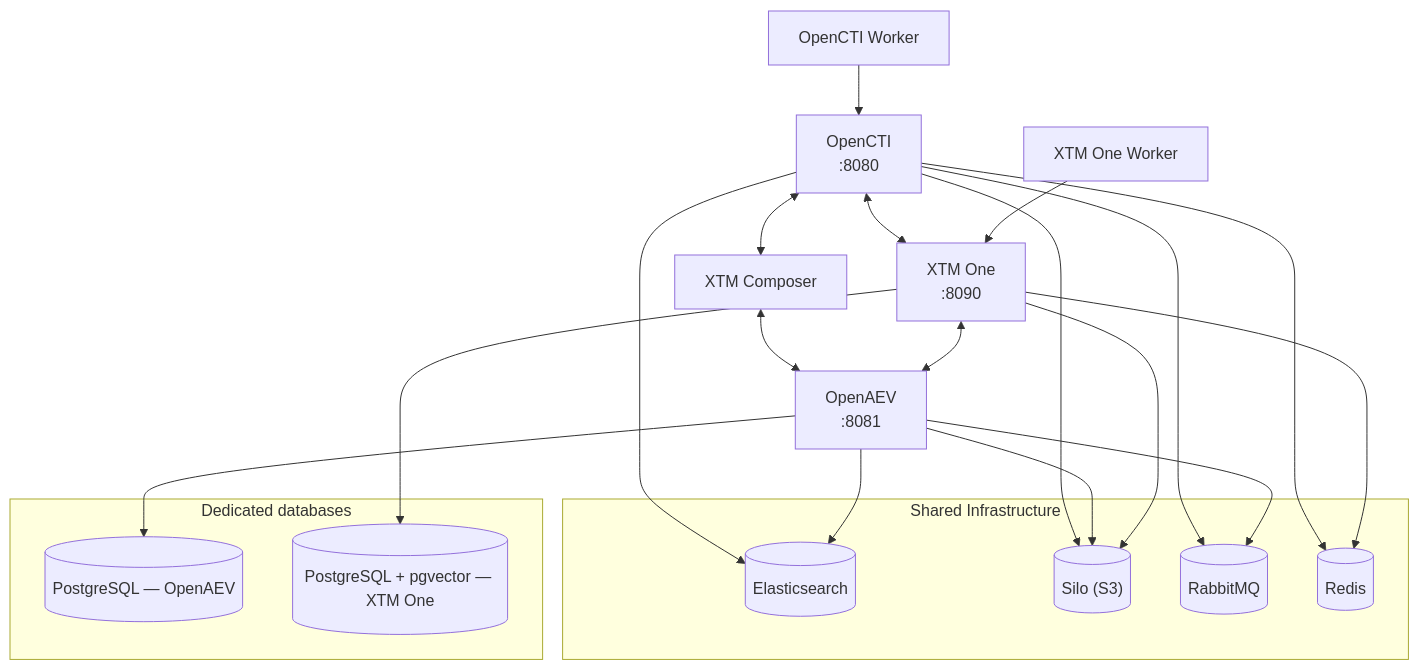
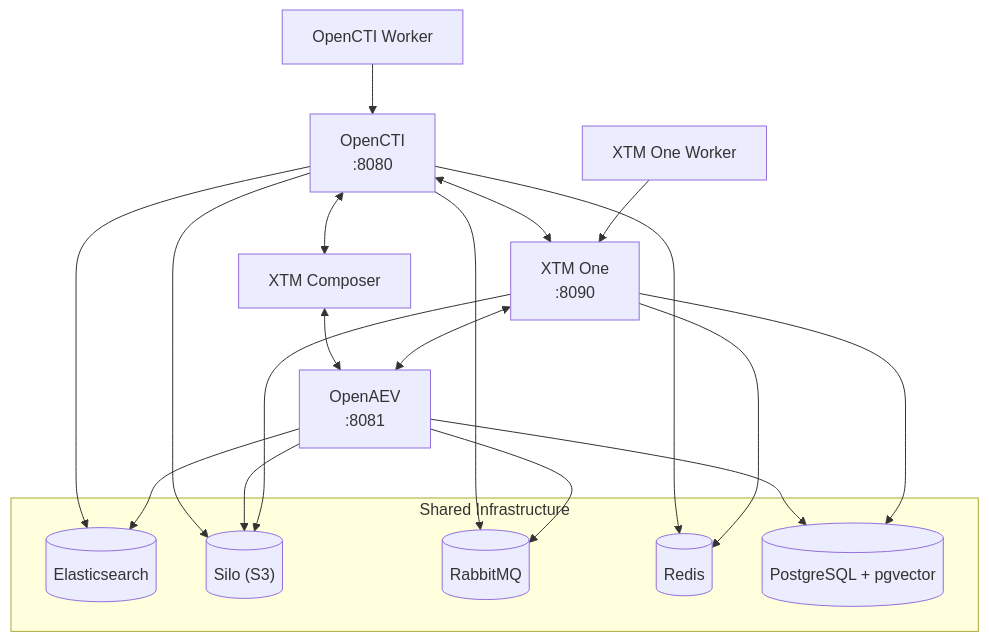
One commit to FiligranHQ/xtm-docker changed the diagram in README.md. Above: the diagram before and after it, drawn with Mermaid. The commit also changed other lines of this file and 2 other files, not shown here.

First line of the commit message:
chore(compose)!: share one pgvector PostgreSQL instance between OpenAEV and XTM One (#51) (#52)

````diff
--- a/README.md
+++ b/README.md
@@ -25,40 +24,36 @@
 ```mermaid
 graph TB
     OpenCTI["OpenCTI<br/>:8080"]
     OpenAEV["OpenAEV<br/>:8081"]
     XTMOne["XTM One<br/>:8090"]
     Composer["XTM Composer"]
     Worker["OpenCTI Worker"]
     XTMOneWorker["XTM One Worker"]
 
     OpenCTI <--> Composer
     Composer <--> OpenAEV
     OpenCTI <--> XTMOne
     XTMOne <--> OpenAEV
     Worker --> OpenCTI
     XTMOneWorker --> XTMOne
 
     subgraph Shared["Shared Infrastructure"]
         ES[("Elasticsearch")]
         Silo[("Silo (S3)")]
         RabbitMQ[("RabbitMQ")]
         Redis[("Redis")]
-    end
-
-    subgraph Stores["Dedicated databases"]
-        PG[("PostgreSQL — OpenAEV")]
-        PGV[("PostgreSQL + pgvector — XTM One")]
+        PG[("PostgreSQL + pgvector")]
     end
 
     OpenCTI --> ES
     OpenCTI --> Silo
     OpenCTI --> RabbitMQ
     OpenCTI --> Redis
     OpenAEV --> ES
     OpenAEV --> Silo
     OpenAEV --> RabbitMQ
     OpenAEV --> PG
     XTMOne --> Silo
     XTMOne --> Redis
-    XTMOne --> PGV
+    XTMOne --> PG
 ```
````
